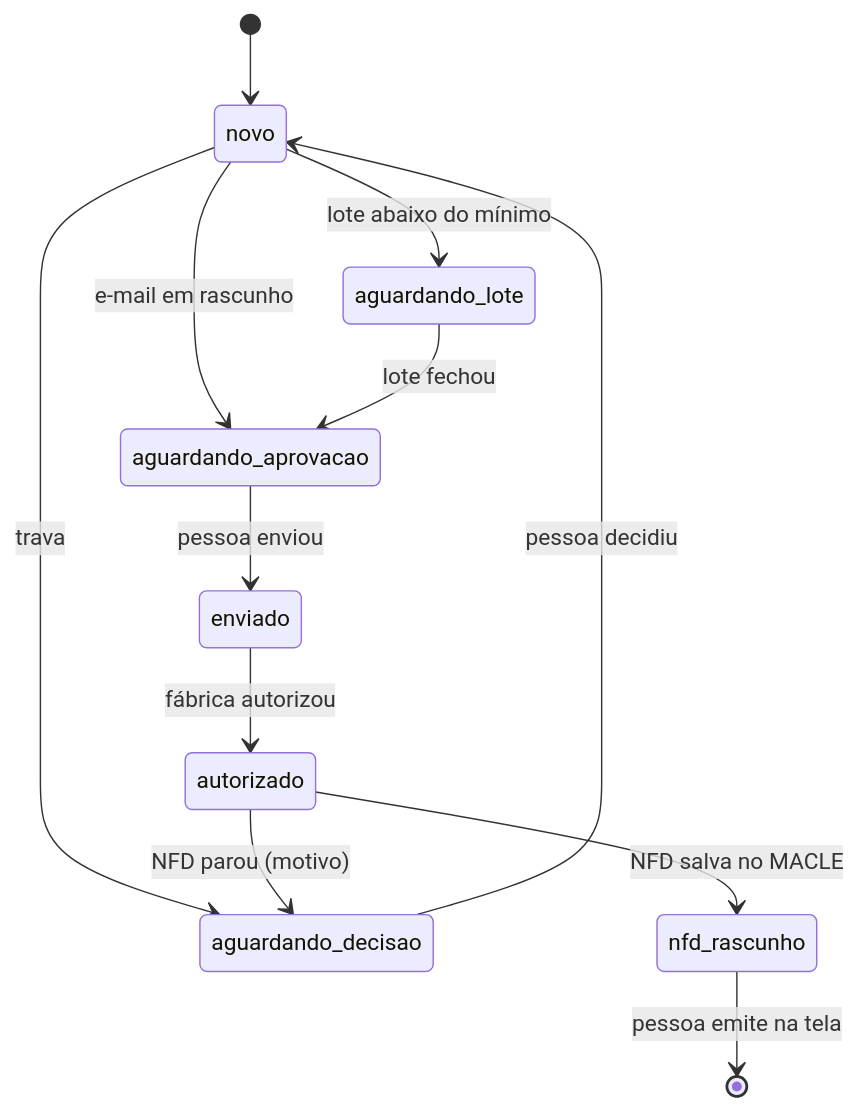
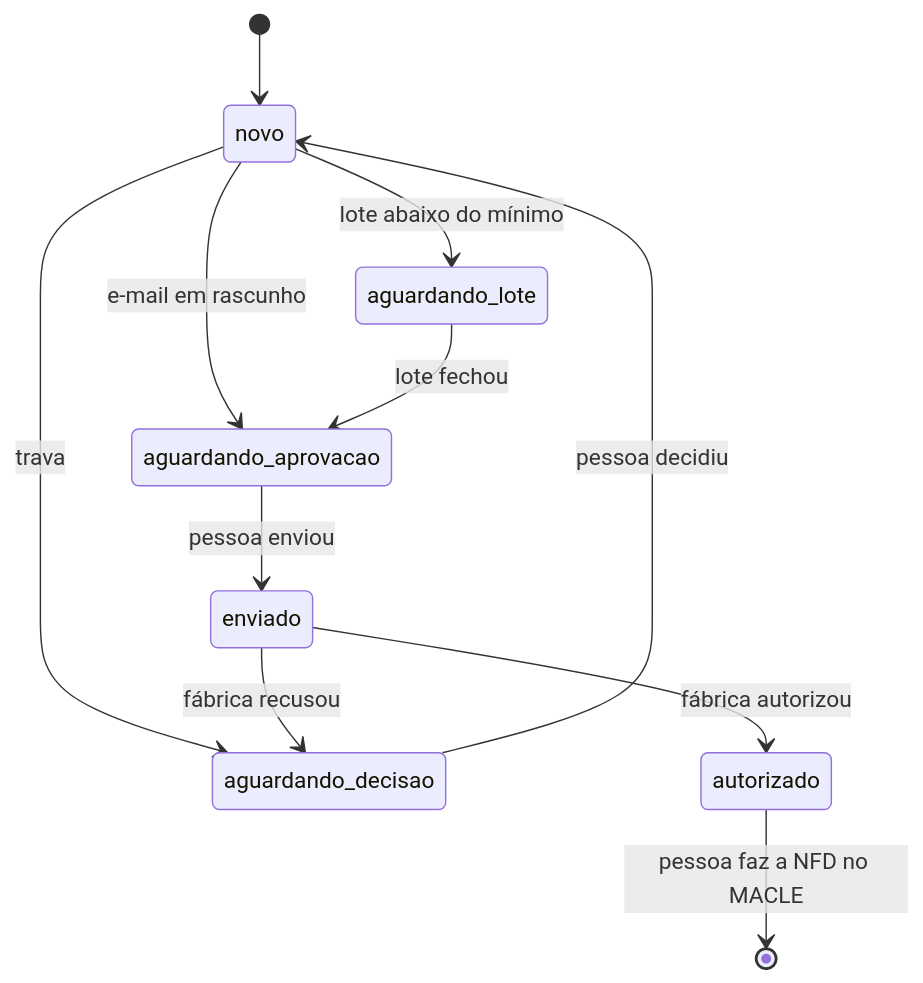
Before and after one commit to angelofonseca/automacao-devolucoes-macle: the second of 2 diagrams in README.md, drawn with Mermaid. The commit also changed other lines of this file and 24 other files, not shown here.

````diff
--- a/README.md
+++ b/README.md
@@ -108,14 +94,13 @@
 ```mermaid
 stateDiagram-v2
     [*] --> novo
     novo --> aguardando_lote: lote abaixo do mínimo
     novo --> aguardando_decisao: trava
     novo --> aguardando_aprovacao: e-mail em rascunho
     aguardando_lote --> aguardando_aprovacao: lote fechou
     aguardando_decisao --> novo: pessoa decidiu
     aguardando_aprovacao --> enviado: pessoa enviou
     enviado --> autorizado: fábrica autorizou
-    autorizado --> nfd_rascunho: NFD salva no MACLE
-    autorizado --> aguardando_decisao: NFD parou (motivo)
-    nfd_rascunho --> [*]: pessoa emite na tela
+    enviado --> aguardando_decisao: fábrica recusou
+    autorizado --> [*]: pessoa faz a NFD no MACLE
 ```
````
